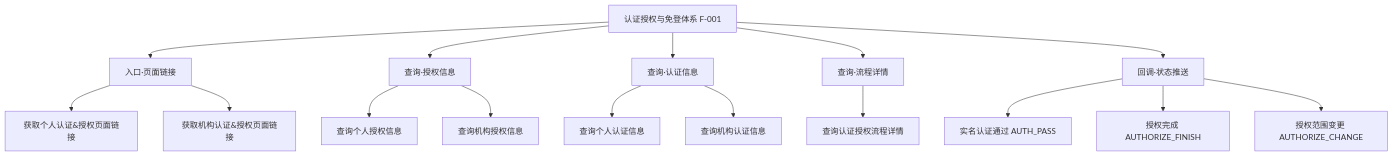
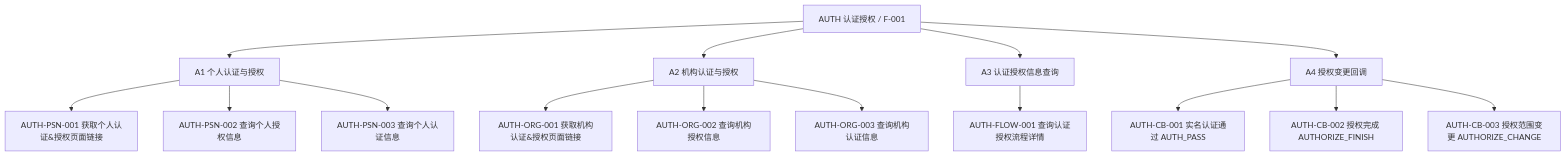
The first of 4 diagrams in drafts/F-001-认证授权与免登体系/prd.md (MesonPlum/ai-prd-agent), drawn with Mermaid before and after one commit. The commit also changed other lines of this file and 8 other files, not shown here.

````diff
--- a/drafts/F-001-认证授权与免登体系/prd.md
+++ b/drafts/F-001-认证授权与免登体系/prd.md
@@ -136,19 +139,22 @@
 ```mermaid
 graph TD
-    AUTH[认证授权与免登体系 F-001] --> URL[入口·页面链接]
-    AUTH --> AUTHZ[查询·授权信息]
-    AUTH --> IDENT[查询·认证信息]
-    AUTH --> FLOW[查询·流程详情]
-    AUTH --> CB[回调·状态推送]
+    AUTH[AUTH 认证授权 / F-001]
+    AUTH --> A1[A1 个人认证与授权]
+    AUTH --> A2[A2 机构认证与授权]
+    AUTH --> A3[A3 认证授权信息查询]
+    AUTH --> A4[A4 授权变更回调]
 
-    URL --> URL1[获取个人认证&授权页面链接]
-    URL --> URL2[获取机构认证&授权页面链接]
-    AUTHZ --> AUTHZ1[查询个人授权信息]
-    AUTHZ --> AUTHZ2[查询机构授权信息]
-    IDENT --> IDENT1[查询个人认证信息]
-    IDENT --> IDENT2[查询机构认证信息]
-    FLOW --> FLOW1[查询认证授权流程详情]
-    CB --> CB1[实名认证通过 AUTH_PASS]
-    CB --> CB2[授权完成 AUTHORIZE_FINISH]
-    CB --> CB3[授权范围变更 AUTHORIZE_CHANGE]
+    A1 --> P1[AUTH-PSN-001 获取个人认证&授权页面链接]
+    A1 --> P2[AUTH-PSN-002 查询个人授权信息]
+    A1 --> P3[AUTH-PSN-003 查询个人认证信息]
+
+    A2 --> O1[AUTH-ORG-001 获取机构认证&授权页面链接]
+    A2 --> O2[AUTH-ORG-002 查询机构授权信息]
+    A2 --> O3[AUTH-ORG-003 查询机构认证信息]
+
+    A3 --> F1[AUTH-FLOW-001 查询认证授权流程详情]
+
+    A4 --> C1[AUTH-CB-001 实名认证通过 AUTH_PASS]
+    A4 --> C2[AUTH-CB-002 授权完成 AUTHORIZE_FINISH]
+    A4 --> C3[AUTH-CB-003 授权范围变更 AUTHORIZE_CHANGE]
 ```
````
